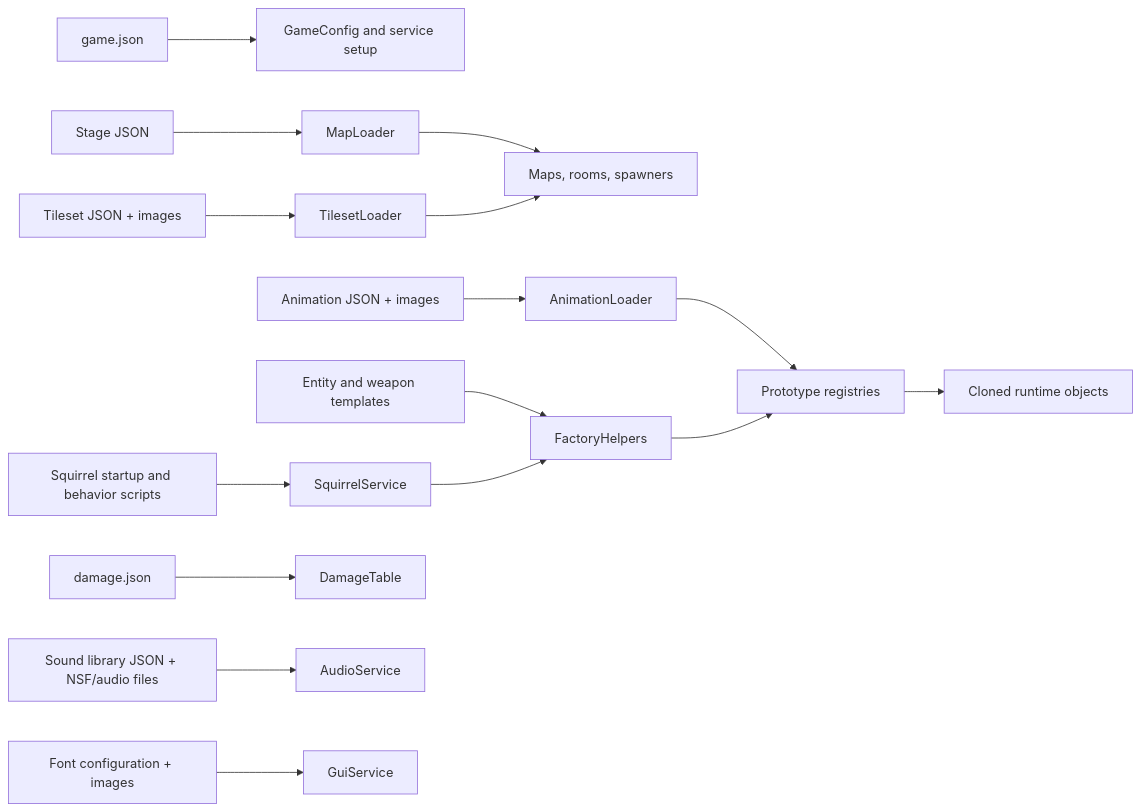
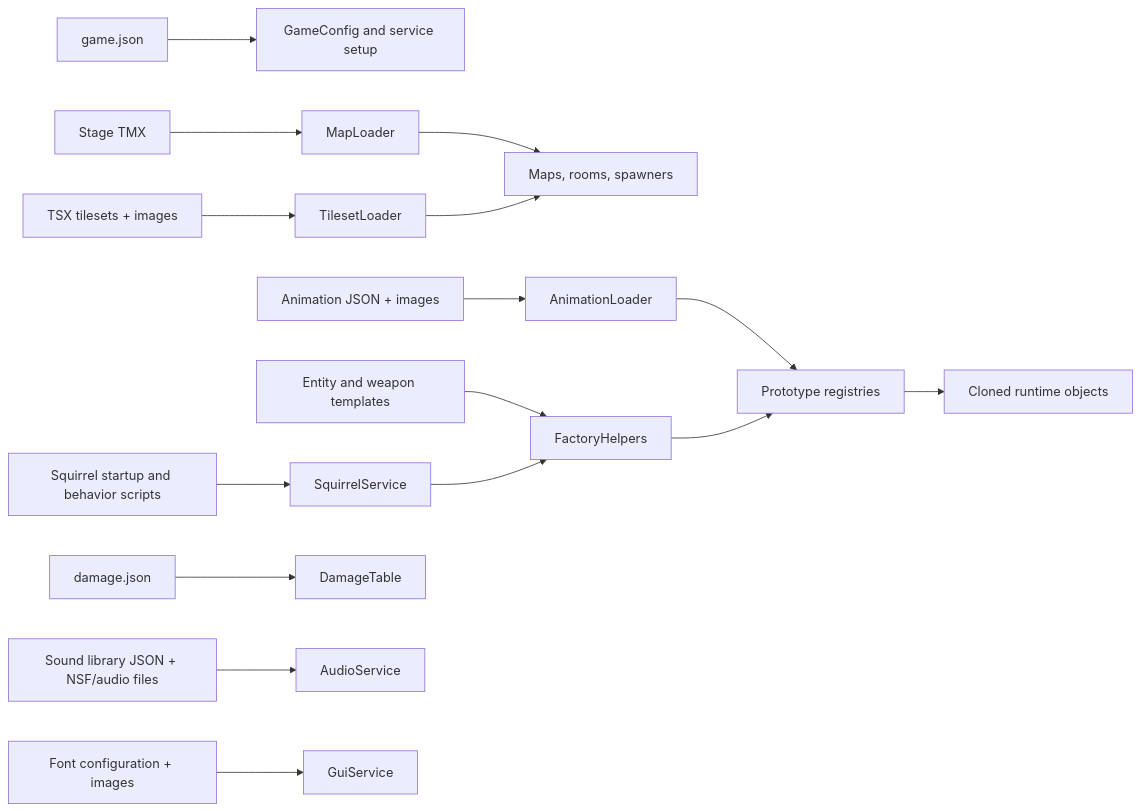
The sixth of 6 diagrams in docs/architecture.md (ztheh-games/hikari), drawn with Mermaid before and after one commit. The commit also changed other lines of this file and 87 other files, not shown here.

First line of the commit message:
Replace JSON maps and tilesets with native Tiled assets

````diff
--- a/docs/architecture.md
+++ b/docs/architecture.md
@@ -318,15 +326,15 @@
 ```mermaid
 flowchart LR
     GameJSON[game.json] --> Config[GameConfig and service setup]
-    Maps[Stage JSON] --> MapLoader --> RuntimeMaps[Maps, rooms, spawners]
-    Tilesets[Tileset JSON + images] --> TilesetLoader --> RuntimeMaps
+    Maps[Stage TMX] --> MapLoader --> RuntimeMaps[Maps, rooms, spawners]
+    Tilesets[TSX tilesets + images] --> TilesetLoader --> RuntimeMaps
     Animations[Animation JSON + images] --> AnimationLoader --> Prototypes
     Templates[Entity and weapon templates] --> Helpers[FactoryHelpers]
     Scripts[Squirrel startup and behavior scripts] --> VM[SquirrelService]
     VM --> Helpers
     Helpers --> Prototypes[Prototype registries]
     Prototypes --> Clone[Cloned runtime objects]
     Damage[damage.json] --> DamageTable
     Audio[Sound library JSON + NSF/audio files] --> AudioService
     Fonts[Font configuration + images] --> GuiService
 ```
````
